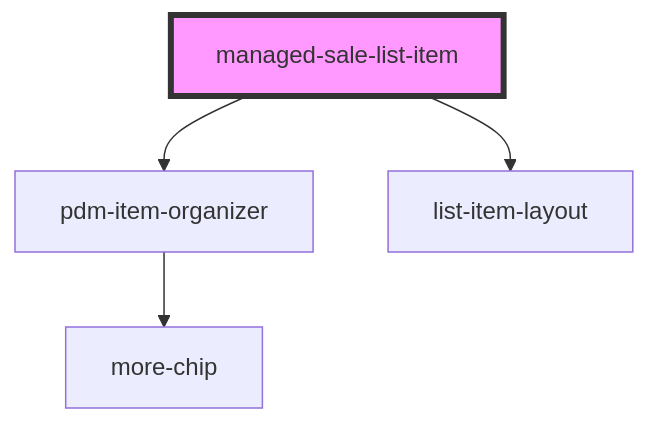
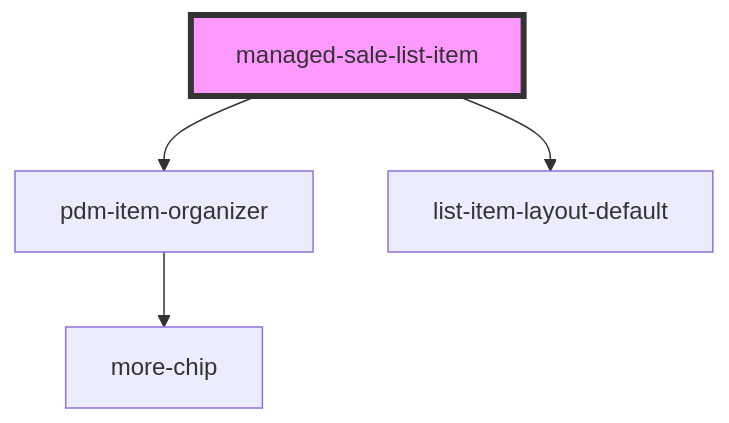
One commit to PharmaLedger-IMI/fgt-workspace changed the diagram in pdm-web-components/src/components/managed-sale-list-item/readme.md. Above: the diagram before and after it, drawn with Mermaid. The commit also changed other lines of this file and 4 other files, not shown here.

Commit message:
refs #51 managed sale list item now implements new layout

````diff
--- a/pdm-web-components/src/components/managed-sale-list-item/readme.md
+++ b/pdm-web-components/src/components/managed-sale-list-item/readme.md
@@ -44,7 +45,7 @@
 ```mermaid
 graph TD;
   managed-sale-list-item --> pdm-item-organizer
-  managed-sale-list-item --> list-item-layout
+  managed-sale-list-item --> list-item-layout-default
   pdm-item-organizer --> more-chip
   style managed-sale-list-item fill:#f9f,stroke:#333,stroke-width:4px
 ```
````
